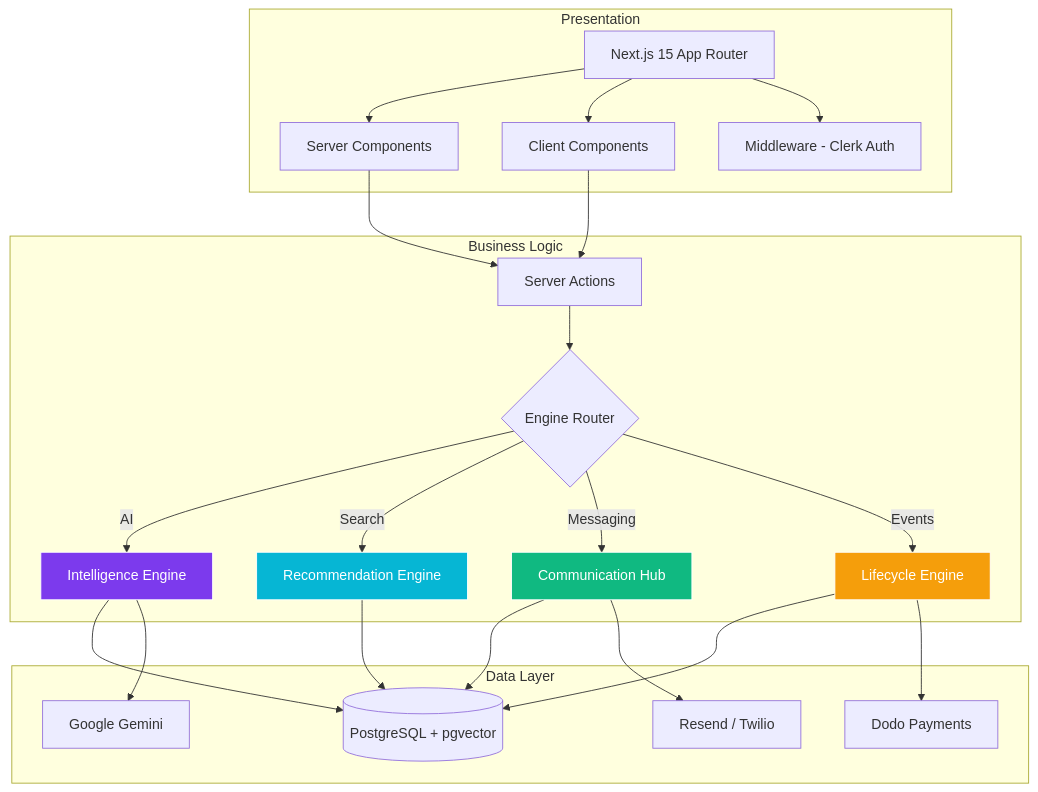
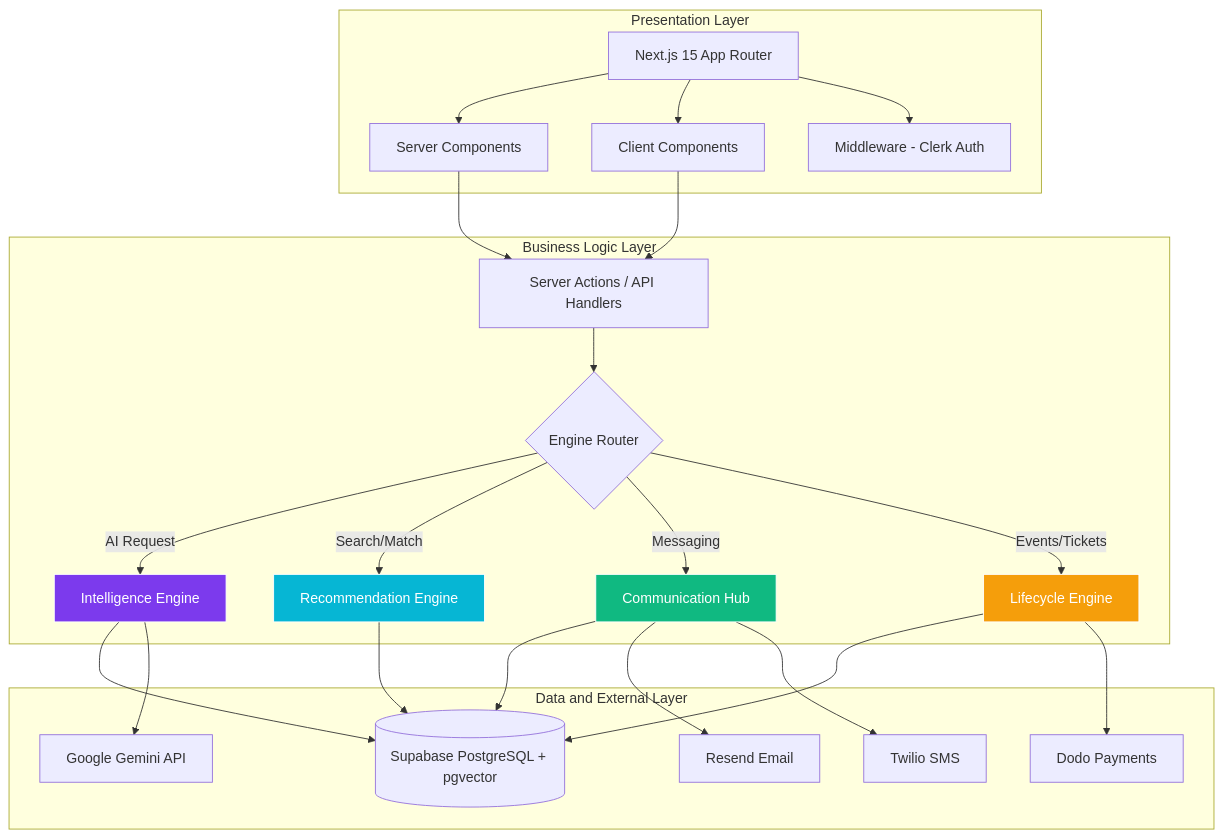
Before and after one commit to ArrinPaul/Eventra: the first of 8 diagrams in README.md, drawn with Mermaid. The commit also changed other lines of this file and 1 other file, not shown here.

````diff
--- a/README.md
+++ b/README.md
@@ -33,33 +44,34 @@
 ```mermaid
 graph TD
-    subgraph Presentation["Presentation"]
+    subgraph Presentation["Presentation Layer"]
         A["Next.js 15 App Router"] --> B["Server Components"]
         A --> C["Client Components"]
         A --> D["Middleware - Clerk Auth"]
     end
 
-    subgraph Business["Business Logic"]
-        B --> E["Server Actions"]
+    subgraph Business["Business Logic Layer"]
+        B --> E["Server Actions / API Handlers"]
         C --> E
         E --> F{"Engine Router"}
-        F -->|AI| G["Intelligence Engine"]
-        F -->|Search| H["Recommendation Engine"]
+        F -->|AI Request| G["Intelligence Engine"]
+        F -->|Search/Match| H["Recommendation Engine"]
         F -->|Messaging| I["Communication Hub"]
-        F -->|Events| J["Lifecycle Engine"]
+        F -->|Events/Tickets| J["Lifecycle Engine"]
     end
 
-    subgraph Data["Data Layer"]
-        G --> K[("PostgreSQL + pgvector")]
+    subgraph Data["Data and External Layer"]
+        G --> K[("Supabase PostgreSQL + pgvector")]
         H --> K
         I --> K
         J --> K
-        G --> L["Google Gemini"]
-        I --> M["Resend / Twilio"]
-        J --> N["Dodo Payments"]
+        G --> L["Google Gemini API"]
+        I --> M["Resend Email"]
+        I --> N["Twilio SMS"]
+        J --> O["Dodo Payments"]
     end
 
     style G fill:#7C3AED,stroke:#fff,color:#fff
     style H fill:#06B6D4,stroke:#fff,color:#fff
     style I fill:#10B981,stroke:#fff,color:#fff
     style J fill:#F59E0B,stroke:#fff,color:#fff
 ```
````
